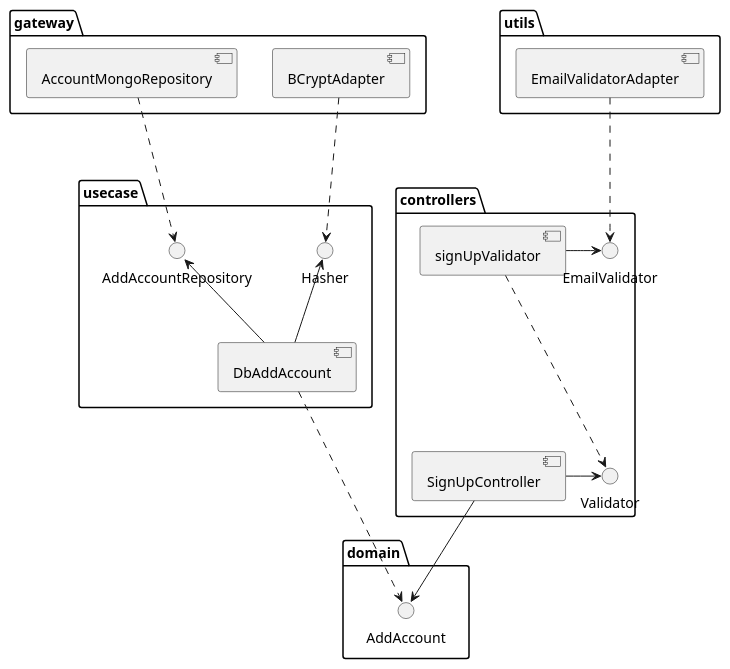
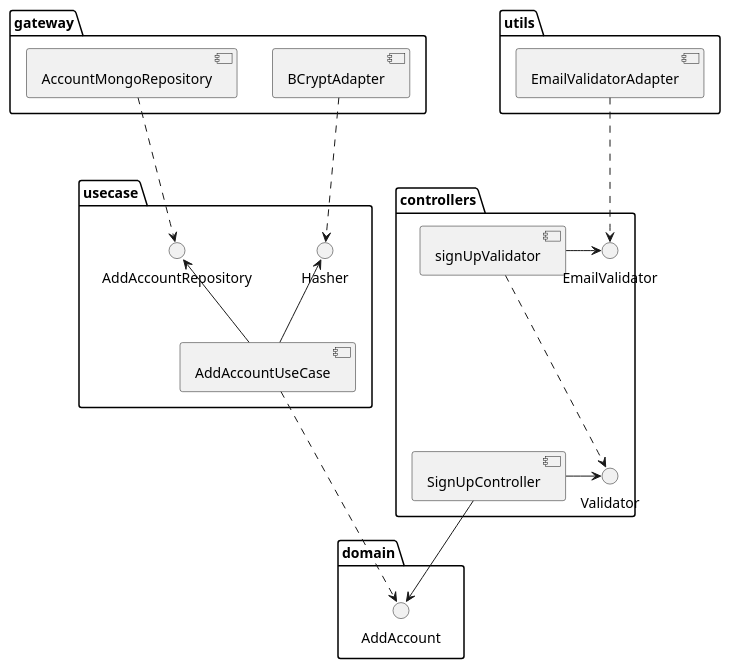
The diagram in docs/signup.puml (pcandido/ms-account), drawn with PlantUML before and after one commit. The commit also changed 16 other files, not shown here.

```diff
--- a/docs/signup.puml
+++ b/docs/signup.puml
@@ -1,33 +1,33 @@
 @startuml signup
 
 package controllers {
   [SignUpController] -> () Validator
   [signUpValidator] -.-> () Validator
   [signUpValidator] -> () EmailValidator
 }
 
 package utils {
     [EmailValidatorAdapter]
 }
 
 package domain {
     () AddAccount
 }
 
 package usecase {
-    () AddAccountRepository <-- [DbAddAccount]
-    () Hasher <-- [DbAddAccount]
+    () AddAccountRepository <-- [AddAccountUseCase]
+    () Hasher <-- [AddAccountUseCase]
 }
 
 package gateway {
     [AccountMongoRepository]
     [BCryptAdapter]
 }
 
 EmailValidatorAdapter -.-> EmailValidator
 SignUpController --> AddAccount
-DbAddAccount -.-> AddAccount
+AddAccountUseCase -.-> AddAccount
 AccountMongoRepository -.-> AddAccountRepository
 BCryptAdapter -.-> Hasher
 
 @enduml
```
